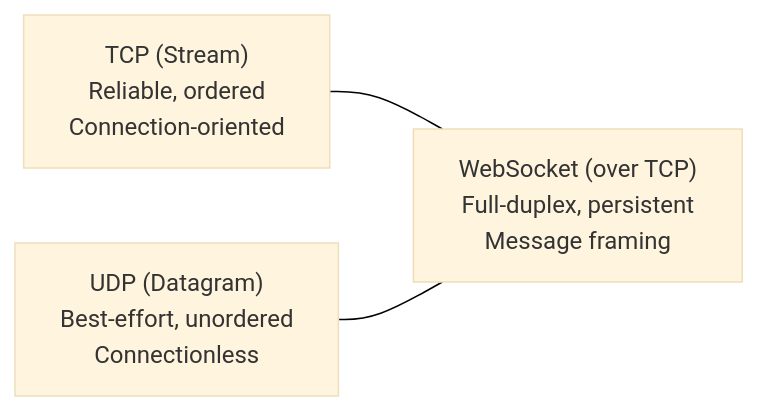
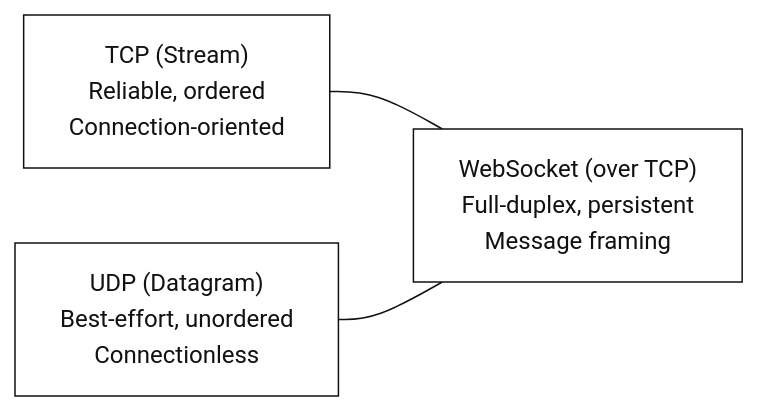
The second of 5 diagrams in sockets.md (hananather/system-design), drawn with Mermaid before and after one commit. The commit also changed other lines of this file, not shown here.

Commit message:
Force white backgrounds and node fills, add diagram padding and disable max-width scaling to prevent label cutoff; ensure Service A/B nodes render fully

````diff
--- a/sockets.md
+++ b/sockets.md
@@ -21,10 +33,22 @@
 ```mermaid
-%%{init: {'theme': 'base', 'themeVariables': { 'background': '#ffffff', 'fontFamily': 'Inter, ui-sans-serif, system-ui' }}}%%
+%%{init: {
+  'theme': 'base',
+  'themeVariables': {
+    'background': '#ffffff',
+    'primaryColor': '#ffffff',
+    'primaryTextColor': '#111111',
+    'primaryBorderColor': '#111111',
+    'lineColor': '#111111',
+    'edgeLabelBackground': '#ffffff',
+    'fontFamily': 'Inter, ui-sans-serif, system-ui'
+  },
+  'flowchart': { 'useMaxWidth': false, 'diagramPadding': 24, 'htmlLabels': true }
+}}%%
 flowchart LR
   TCP["TCP (Stream)<br/>Reliable, ordered<br/>Connection-oriented"]
   UDP["UDP (Datagram)<br/>Best-effort, unordered<br/>Connectionless"]
   WS["WebSocket (over TCP)<br/>Full-duplex, persistent<br/>Message framing"]
 
   TCP --- WS
   UDP --- WS
 ```
````
